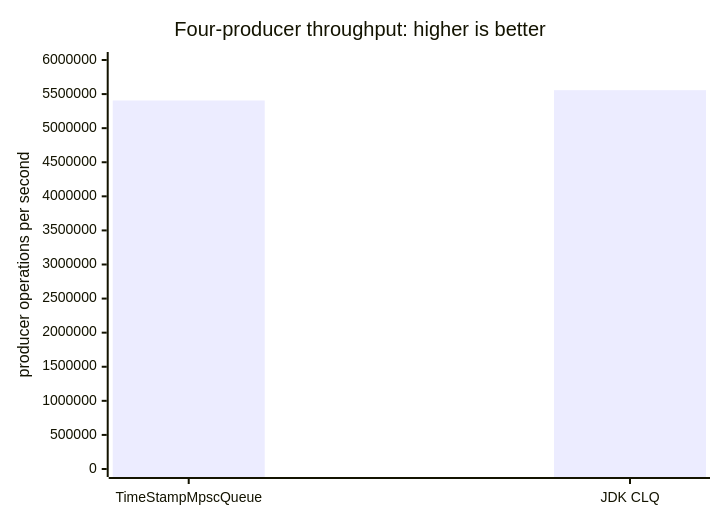
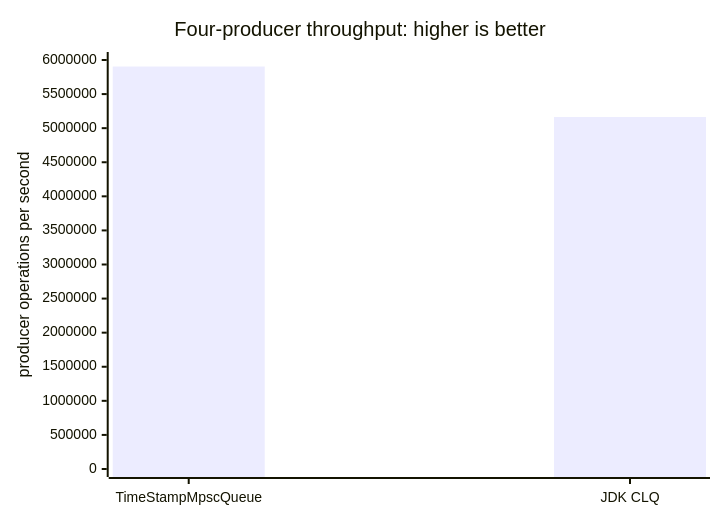
Before and after one commit to kmgowda/SBK: diagram 29 of 33 in docs/TIMESTAMP_MPSC_QUEUE.md, drawn with Mermaid. The commit also changed other lines of this file and 21 other files, not shown here.

````diff
--- a/docs/TIMESTAMP_MPSC_QUEUE.md
+++ b/docs/TIMESTAMP_MPSC_QUEUE.md
@@ -559,7 +1264,7 @@
 ```mermaid
 xychart-beta
     title "Four-producer throughput: higher is better"
     x-axis ["TimeStampMpscQueue", "JDK CLQ"]
     y-axis "producer operations per second" 0 --> 6000000
-    bar [5406094, 5557486]
+    bar [5904509, 5163359]
 ```
````
